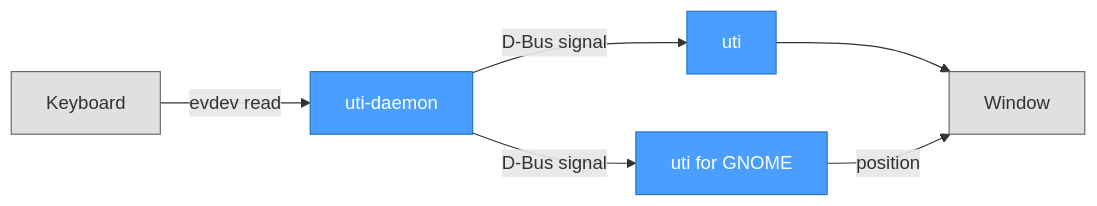
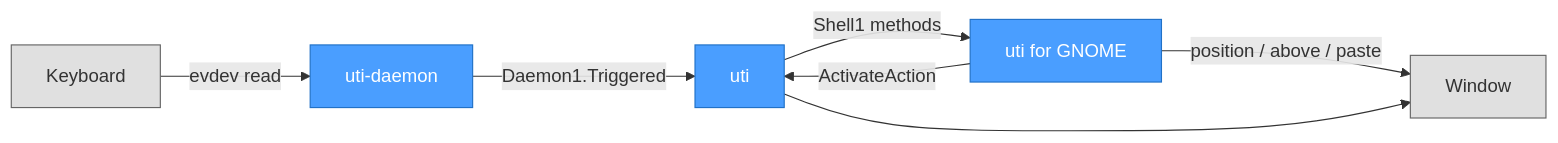
The first of 3 diagrams in docs/ARCHITECTURE.md (noppomario/uti), drawn with Mermaid before and after one commit. The commit also changed other lines of this file and 2 other files, not shown here.

First line of the commit message:
docs: describe Phase 1 D-Bus contract and panel menu

````diff
--- a/docs/ARCHITECTURE.md
+++ b/docs/ARCHITECTURE.md
@@ -9,14 +9,15 @@
 ```mermaid
 flowchart LR
     KB[Keyboard] -->|evdev read| DAEMON[uti-daemon]
-    DAEMON -->|D-Bus signal| APP[uti]
-    DAEMON -->|D-Bus signal| EXT[uti for GNOME]
-    APP --> WIN[Window]
-    EXT -->|position| WIN
+    DAEMON -->|Daemon1.Triggered| APP[uti]
+    APP -->|Shell1 methods| EXT[uti for GNOME]
+    EXT -->|ActivateAction| APP
+    EXT -->|position / above / paste| WIN[Window]
+    APP --> WIN
 
     style KB fill:#e0e0e0,stroke:#666
     style WIN fill:#e0e0e0,stroke:#666
     style DAEMON fill:#4a9eff,stroke:#2171c7,color:#fff
     style APP fill:#4a9eff,stroke:#2171c7,color:#fff
     style EXT fill:#4a9eff,stroke:#2171c7,color:#fff
 ```
````
